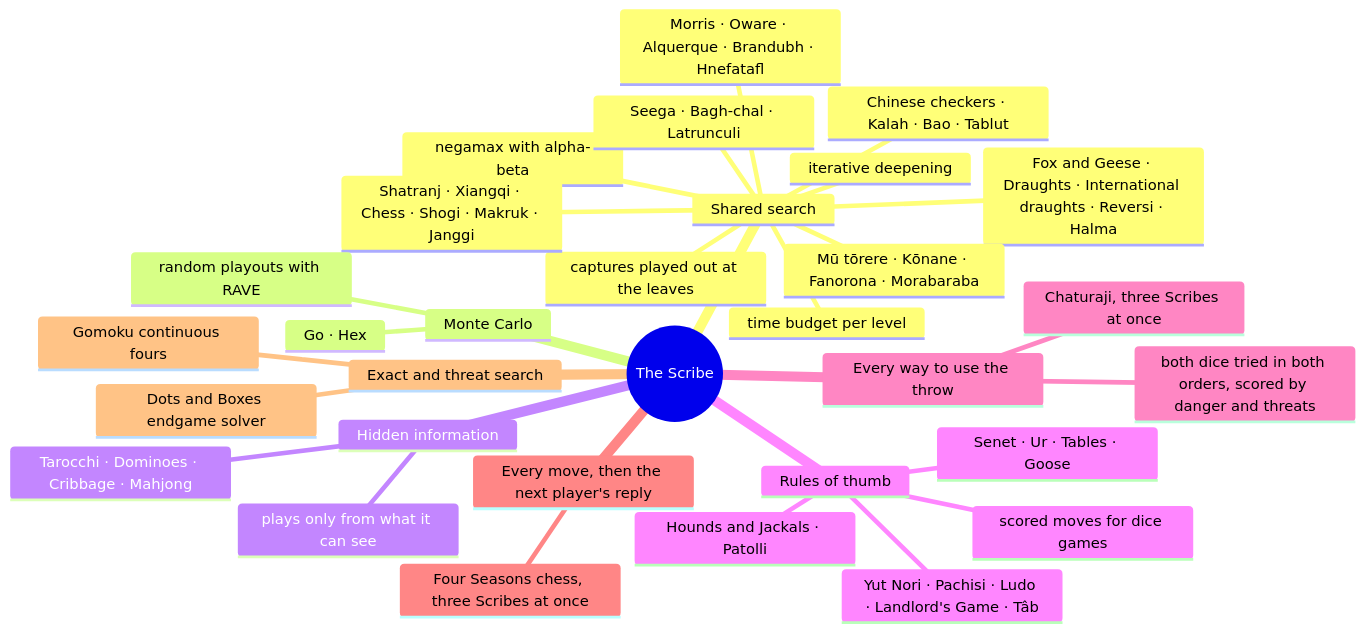
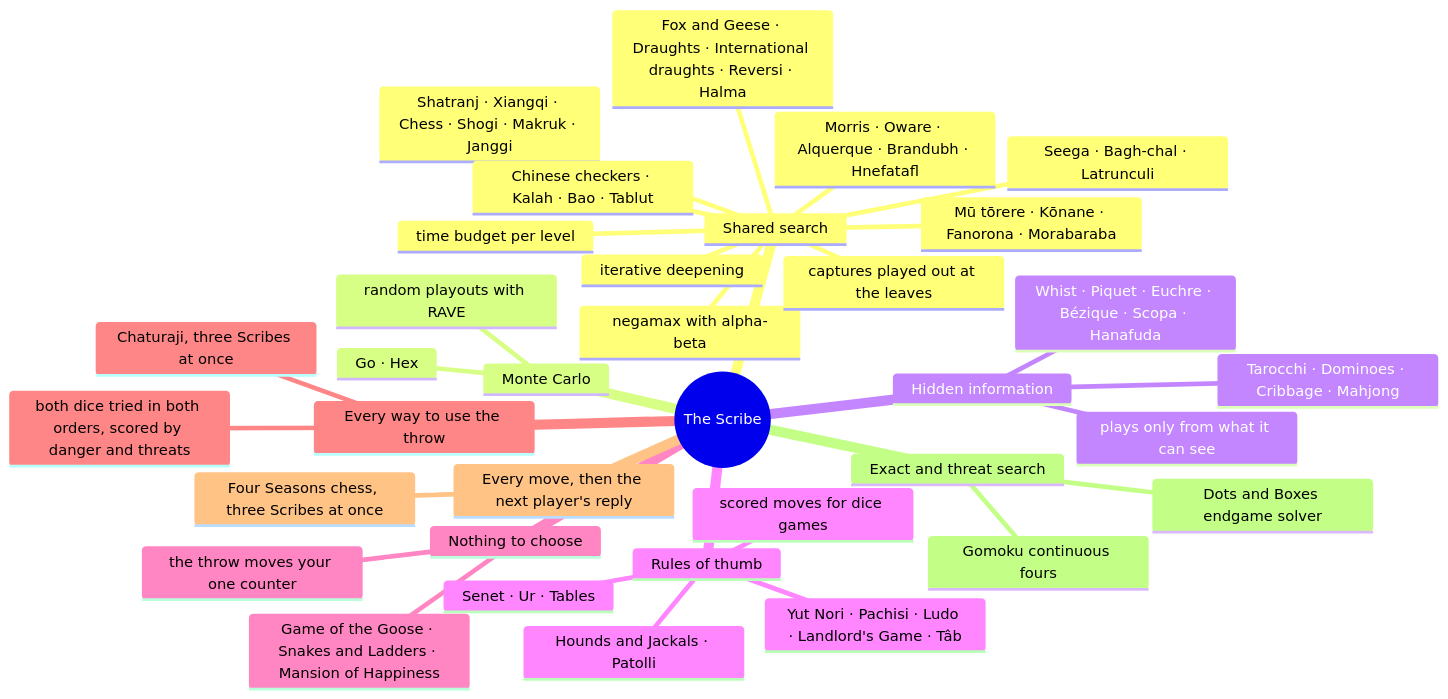
Before and after one commit to CptNope/Librarium-Archives: the first of 3 diagrams in docs/scribe.md, drawn with Mermaid. The commit also changed other lines of this file and 85 other files, not shown here.

First line of the commit message:
Game by game: a generated page for every exhibit, with turn diagrams, linked from the README

````diff
--- a/docs/scribe.md
+++ b/docs/scribe.md
@@ -5,34 +5,38 @@
 ```mermaid
 mindmap
   root((The Scribe))
     Shared search
       negamax with alpha-beta
       captures played out at the leaves
       iterative deepening
       time budget per level
       Morris · Oware · Alquerque · Brandubh · Hnefatafl
       Shatranj · Xiangqi · Chess · Shogi · Makruk · Janggi
       Fox and Geese · Draughts · International draughts · Reversi · Halma
       Chinese checkers · Kalah · Bao · Tablut
       Mū tōrere · Kōnane · Fanorona · Morabaraba
       Seega · Bagh-chal · Latrunculi
     Monte Carlo
       random playouts with RAVE
       Go · Hex
     Hidden information
       plays only from what it can see
       Tarocchi · Dominoes · Cribbage · Mahjong
+      Whist · Piquet · Euchre · Bézique · Scopa · Hanafuda
     Rules of thumb
       scored moves for dice games
-      Senet · Ur · Tables · Goose
+      Senet · Ur · Tables
       Yut Nori · Pachisi · Ludo · Landlord's Game · Tâb
       Hounds and Jackals · Patolli
+    Nothing to choose
+      the throw moves your one counter
+      Game of the Goose · Snakes and Ladders · Mansion of Happiness
     Every way to use the throw
       both dice tried in both orders, scored by danger and threats
       Chaturaji, three Scribes at once
     Every move, then the next player's reply
       Four Seasons chess, three Scribes at once
     Exact and threat search
       Dots and Boxes endgame solver
       Gomoku continuous fours
 ```
````
